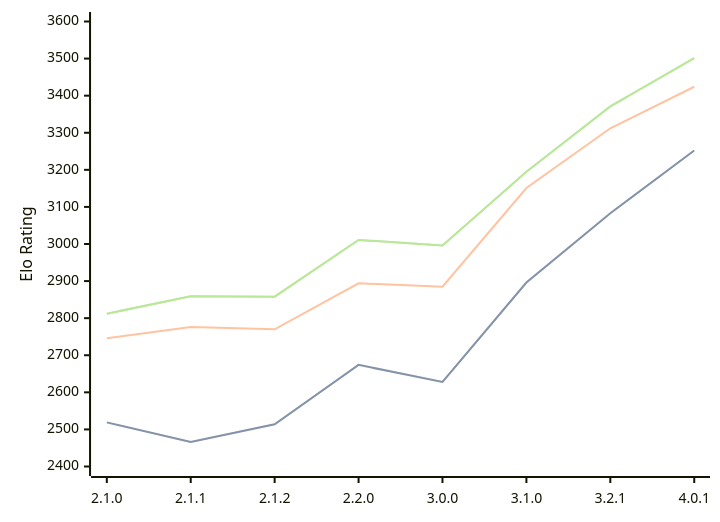
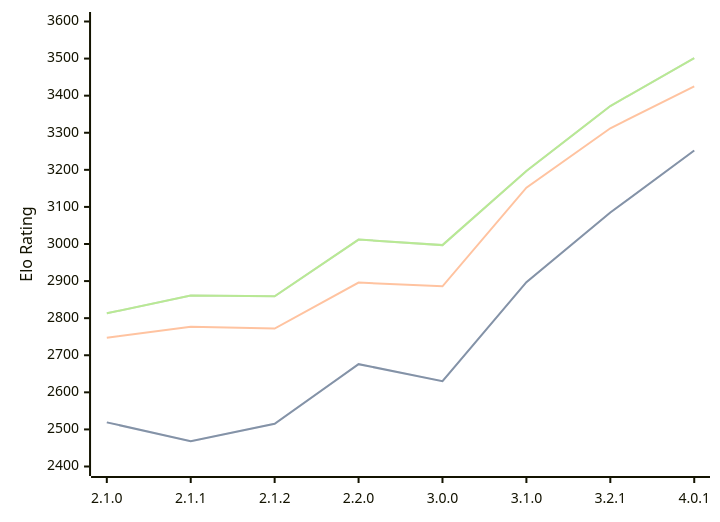
Before and after one commit to computer-chess-index/cci: the diagram in engines/Prune.md, drawn with Mermaid. The commit also changed other lines of this file, not shown here.

Commit message:
Update CCI Ratings (ELO VLTC) - 2026-07-24

````diff
--- a/engines/Prune.md
+++ b/engines/Prune.md
@@ -44,11 +44,11 @@
 ```mermaid
 %%{init: {"theme":"base","themeVariables":{"seriesColors:['#a3a3a3','#222221','#faa371']}}}%%
 xychart-beta
   x-axis ["2.1.0", "2.1.1", "2.1.2", "2.2.0", "3.0.0", "3.1.0", "3.2.1", "4.0.1"]
   y-axis "Elo Rating" 2400 --> 3600
-  line "STC (8.0+0.08s)" [2519, 2466, 2514, 2674, 2628, 2896, 3083, 3252]
-  line "STC (8.0+0.08s)" [2519, 2466, 2514, 2674, 2628, 2896, 3083, 3252]
-  line "LTC (60.0+0.60s)" [2746, 2776, 2770, 2894, 2885, 3151, 3312, 3424]
-  line "VLTC (2m24s+1.12s)" [2812, 2859, 2858, 3011, 2996, 3195, 3371, 3501]
-  line "VLTC (2m24s+1.12s)" [2812, 2859, 2858, 3011, 2996, 3195, 3371, 3501]
+  line "STC (8.0+0.08s)" [2519, 2468, 2515, 2676, 2630, 2897, 3085, 3252]
+  line "STC (8.0+0.08s)" [2519, 2468, 2515, 2676, 2630, 2897, 3085, 3252]
+  line "LTC (60.0+0.60s)" [2747, 2777, 2772, 2896, 2886, 3152, 3312, 3425]
+  line "VLTC (2m24s+1.12s)" [2813, 2861, 2859, 3012, 2997, 3197, 3372, 3501]
+  line "VLTC (2m24s+1.12s)" [2813, 2861, 2859, 3012, 2997, 3197, 3372, 3501]
 ```
````
